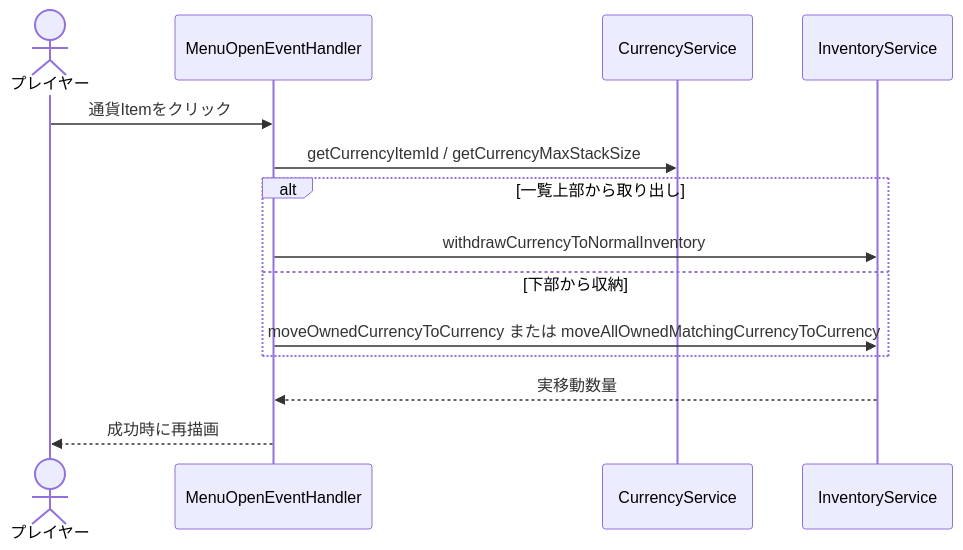
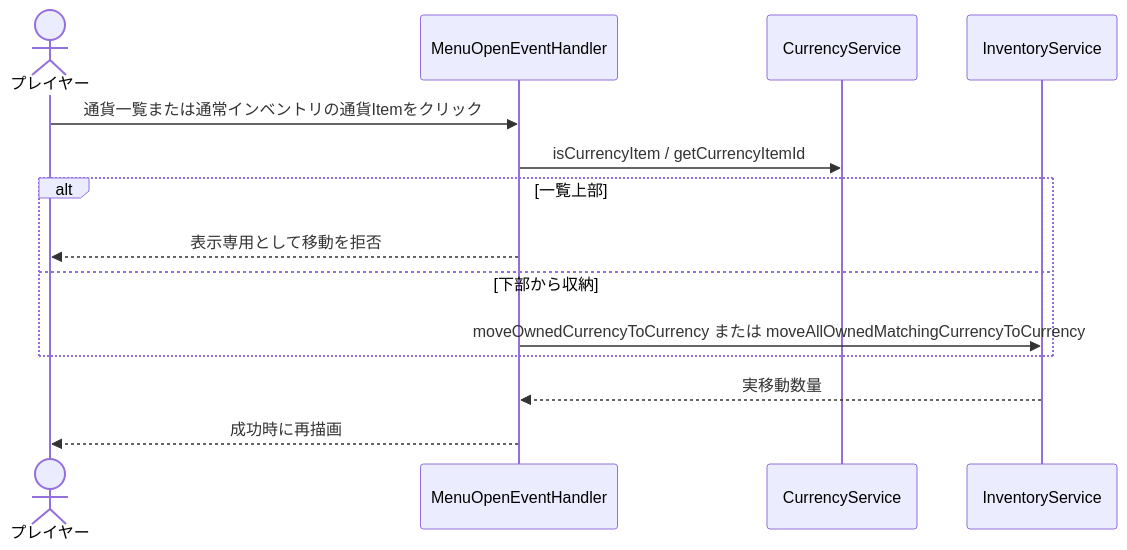
Before and after one commit to maaasu/AstralRecord-Workspace: the second of 4 diagrams in 00_docs/10_Plugin設計書/feature/16-currency/16_4-統合フロー.md, drawn with Mermaid. The commit also changed other lines of this file and 19 other files, not shown here.

````diff
--- a/00_docs/10_Plugin設計書/feature/16-currency/16_4-統合フロー.md
+++ b/00_docs/10_Plugin設計書/feature/16-currency/16_4-統合フロー.md
@@ -38,16 +38,16 @@
 ```mermaid
 sequenceDiagram
     actor Player as プレイヤー
     participant Menu as MenuOpenEventHandler
     participant Currency as CurrencyService
     participant Inventory as InventoryService
-    Player->>Menu: 通貨Itemをクリック
-    Menu->>Currency: getCurrencyItemId / getCurrencyMaxStackSize
-    alt 一覧上部から取り出し
-        Menu->>Inventory: withdrawCurrencyToNormalInventory
+    Player->>Menu: 通貨一覧または通常インベントリの通貨Itemをクリック
+    Menu->>Currency: isCurrencyItem / getCurrencyItemId
+    alt 一覧上部
+        Menu-->>Player: 表示専用として移動を拒否
     else 下部から収納
         Menu->>Inventory: moveOwnedCurrencyToCurrency または moveAllOwnedMatchingCurrencyToCurrency
     end
     Inventory-->>Menu: 実移動数量
     Menu-->>Player: 成功時に再描画
 ```
````
